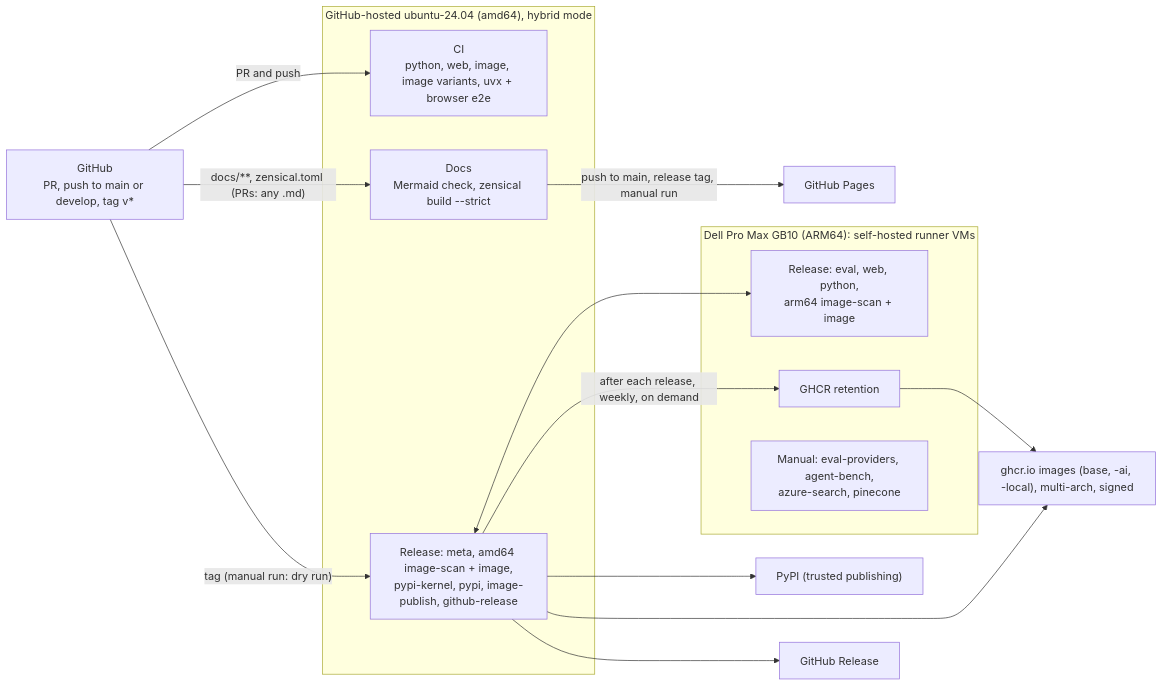
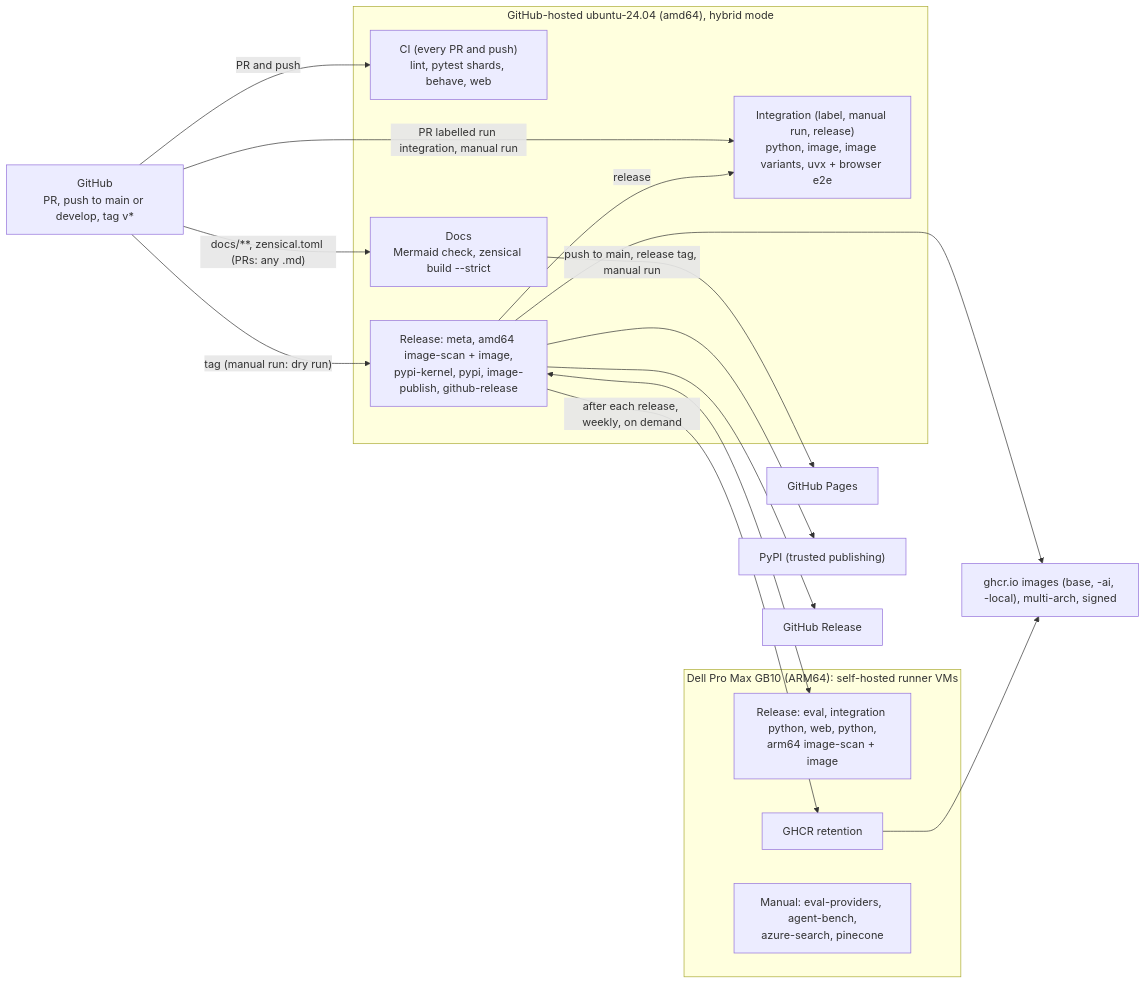
One commit to SirCypkowskyy/ExactDocs changed the second of 2 diagrams in docs/releasing.md. Above: the diagram before and after it, drawn with Mermaid. The commit also changed other lines of this file and 69 other files, not shown here.

First line of the commit message:
ci: pull requests run only fast tests, in parallel jobs; integration and end-to-end tests behind an opt-in switch (#507) (#516)

````diff
--- a/docs/releasing.md
+++ b/docs/releasing.md
@@ -392,24 +471,27 @@
 ```mermaid
 flowchart LR
     gh["GitHub<br/>PR, push to main or develop, tag v*"]
     subgraph hosted ["GitHub-hosted ubuntu-24.04 (amd64), hybrid mode"]
-        ci["CI<br/>python, web, image, image variants, uvx + browser e2e"]
+        ci["CI (every PR and push)<br/>lint, pytest shards, behave, web"]
+        integ["Integration (label, manual run, release)<br/>python, image, image variants, uvx + browser e2e"]
         docs["Docs<br/>Mermaid check, zensical build --strict"]
         relh["Release: meta, amd64 image-scan + image,<br/>pypi-kernel, pypi, image-publish, github-release"]
     end
     subgraph gb10 ["Dell Pro Max GB10 (ARM64): self-hosted runner VMs"]
-        rels["Release: eval, web, python,<br/>arm64 image-scan + image"]
+        rels["Release: eval, integration python, web, python,<br/>arm64 image-scan + image"]
         ret["GHCR retention"]
         manual["Manual: eval-providers, agent-bench,<br/>azure-search, pinecone"]
     end
     gh -->|PR and push| ci
+    gh -->|"PR labelled run integration, manual run"| integ
+    relh -->|release| integ
     gh -->|"docs/**, zensical.toml (PRs: any .md)"| docs
     gh -->|"tag (manual run: dry run)"| relh
     relh <--> rels
     relh -->|after each release, weekly, on demand| ret
     docs -->|"push to main, release tag, manual run"| pages["GitHub Pages"]
     relh --> pypi["PyPI (trusted publishing)"]
     relh --> ghcr["ghcr.io images (base, -ai, -local), multi-arch, signed"]
     relh --> ghrel["GitHub Release"]
     ret --> ghcr
 ```
````
